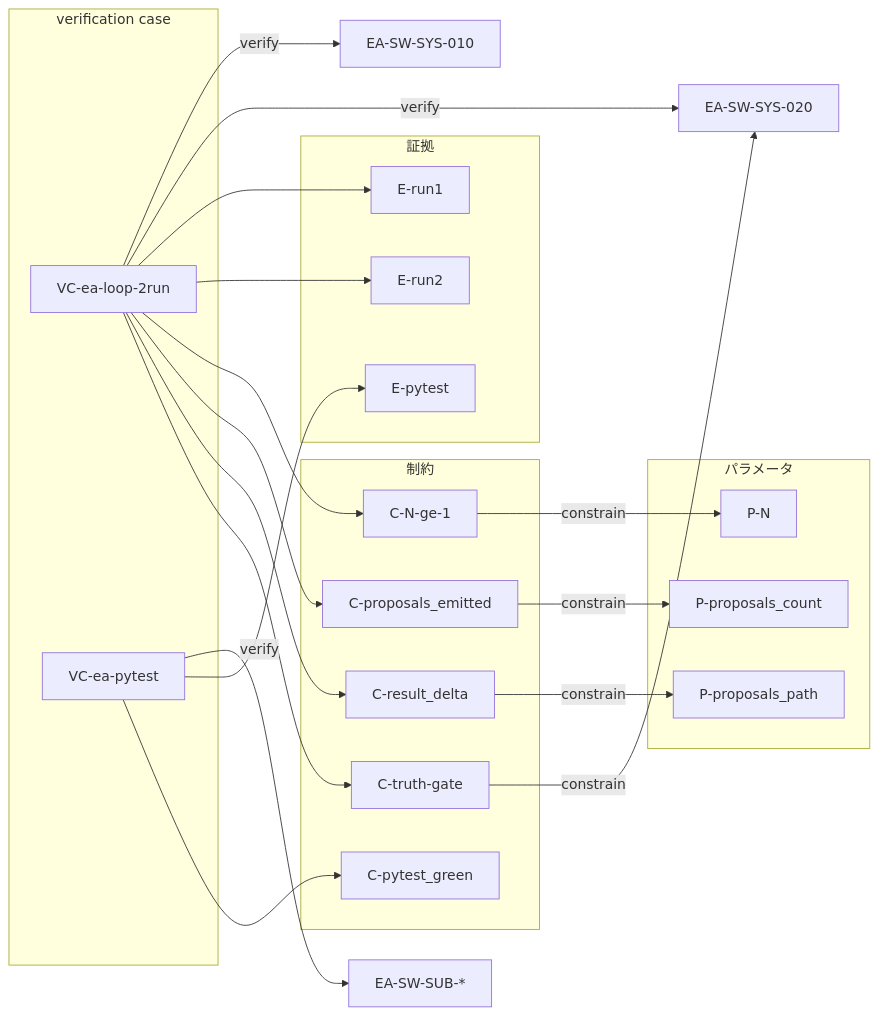
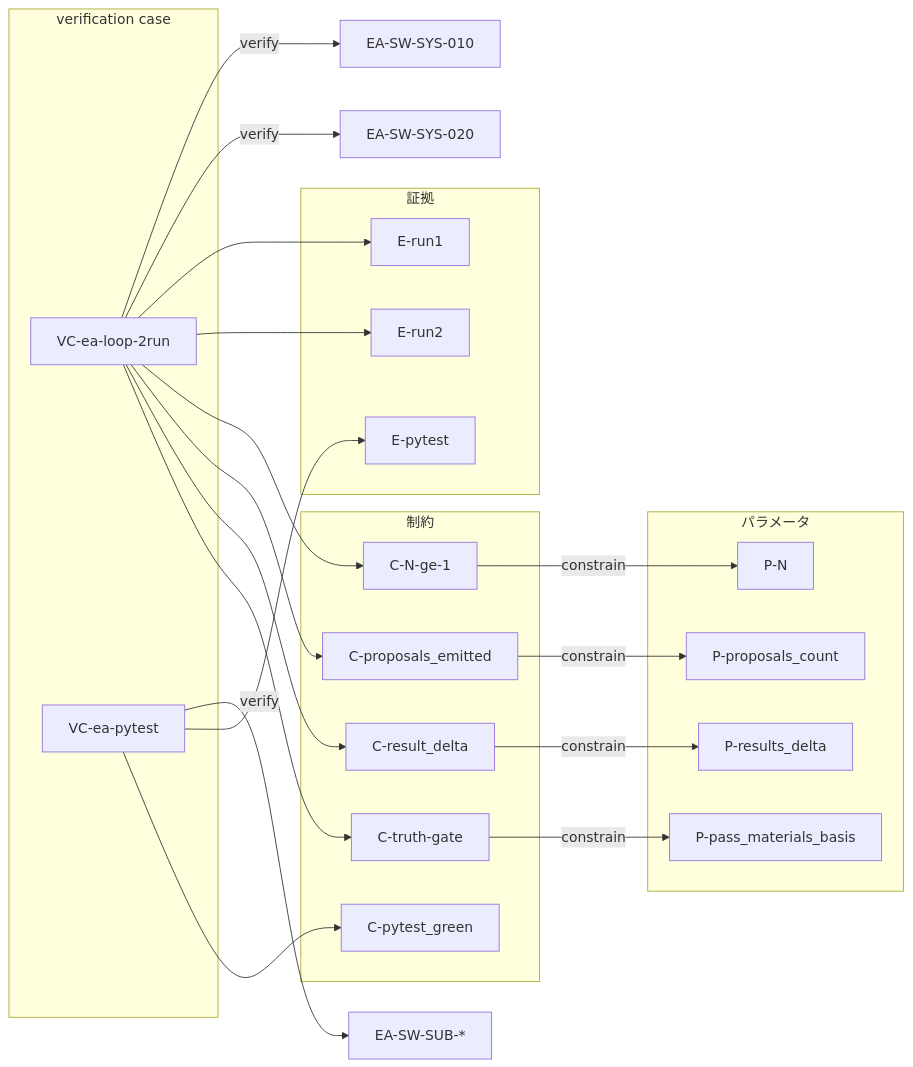
The second of 3 diagrams in docs/ja/programs/engineering_agents/system_model.md (hirototamura/one-piece), drawn with Mermaid before and after one commit. The commit also changed other lines of this file and 3 other files, not shown here.

Commit message:
Fix EA system model constraint bindings and diagram consistency.

````diff
--- a/docs/ja/programs/engineering_agents/system_model.md
+++ b/docs/ja/programs/engineering_agents/system_model.md
@@ -55,45 +57,46 @@
 ```mermaid
 flowchart LR
   subgraph params["パラメータ"]
     PN["P-N"]
     PPC["P-proposals_count"]
-    PPR["P-proposals_path"]
+    PRD["P-results_delta"]
+    PPB["P-pass_materials_basis"]
   end
   subgraph constraints["制約"]
     CN["C-N-ge-1"]
     CP["C-proposals_emitted"]
     CD["C-result_delta"]
     CT["C-truth-gate"]
     CYG["C-pytest_green"]
   end
   subgraph vcs["verification case"]
     VC2["VC-ea-loop-2run"]
     VCp["VC-ea-pytest"]
   end
   subgraph evidence["証拠"]
     E1["E-run1"]
     E2["E-run2"]
     Ep["E-pytest"]
   end
   SYS10["EA-SW-SYS-010"]
   SYS20["EA-SW-SYS-020"]
   SUB["EA-SW-SUB-*"]
 
   CN -->|"constrain"| PN
   CP -->|"constrain"| PPC
-  CD -->|"constrain"| PPR
-  CT -->|"constrain"| SYS20
+  CD -->|"constrain"| PRD
+  CT -->|"constrain"| PPB
 
   VC2 -->|"verify"| SYS10
   VC2 -->|"verify"| SYS20
   VC2 --> E1
   VC2 --> E2
   VC2 --> CN
   VC2 --> CP
   VC2 --> CD
   VC2 --> CT
 
   VCp -->|"verify"| SUB
   VCp --> Ep
   VCp --> CYG
 ```
````
